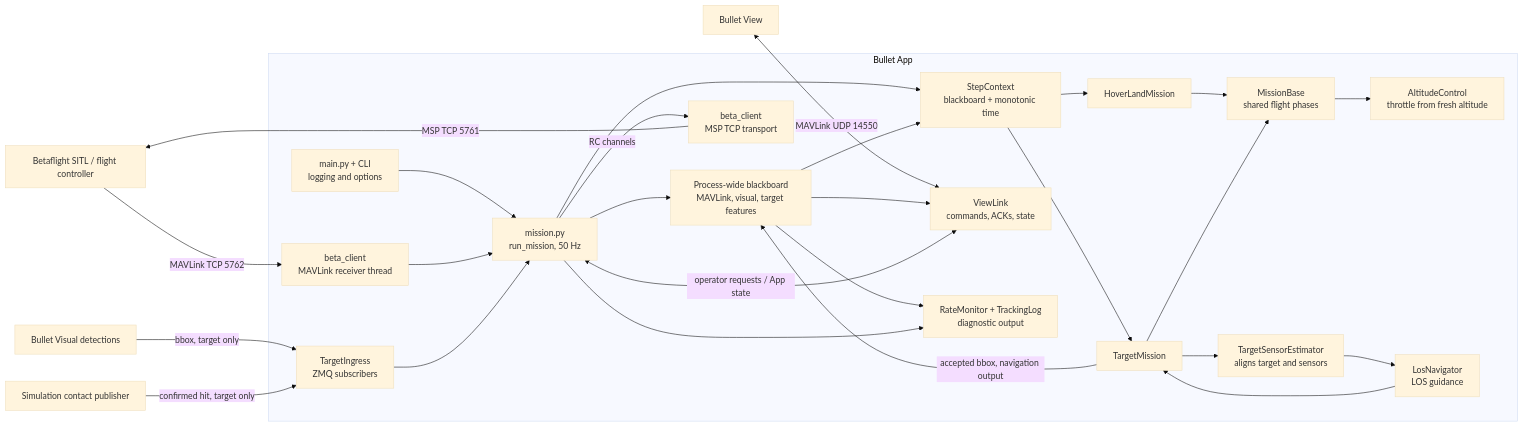
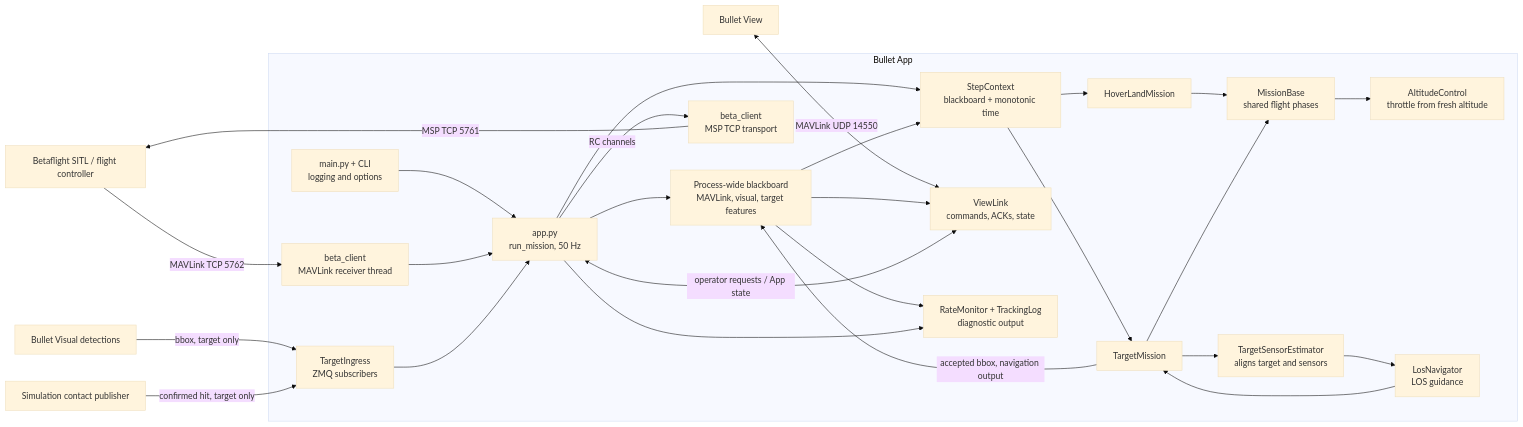
One commit to mayaboker/bullet_app changed the first of 2 diagrams in docs/mission-control-loop.md. Above: the diagram before and after it, drawn with Mermaid (base theme). The commit also changed other lines of this file and 8 other files, not shown here.

Commit message:
feat: rename mission runtime to app and update related imports and documentation

````diff
--- a/docs/mission-control-loop.md
+++ b/docs/mission-control-loop.md
@@ -7,46 +7,46 @@
 ```mermaid
 flowchart LR
     FC["Betaflight SITL / flight controller"]
     View["Bullet View"]
     Visual["Bullet Visual detections"]
     Contact["Simulation contact publisher"]
 
     subgraph App["Bullet App"]
         Entry["main.py + CLI<br/>logging and options"]
-        Runner["mission.py<br/>run_mission, 50 Hz"]
+        Runner["app.py<br/>run_mission, 50 Hz"]
         Telemetry["beta_client<br/>MAVLink receiver thread"]
         Blackboard["Process-wide blackboard<br/>MAVLink, visual, target features"]
         Context["StepContext<br/>blackboard + monotonic time"]
         Msp["beta_client<br/>MSP TCP transport"]
         Link["ViewLink<br/>commands, ACKs, state"]
         Ingress["TargetIngress<br/>ZMQ subscribers"]
         Hover["HoverLandMission"]
         Target["TargetMission"]
         Base["MissionBase<br/>shared flight phases"]
         Altitude["AltitudeControl<br/>throttle from fresh altitude"]
         Estimator["TargetSensorEstimator<br/>aligns target and sensors"]
         Navigator["LosNavigator<br/>LOS guidance"]
         Diagnostics["RateMonitor + TrackingLog<br/>diagnostic output"]
     end
 
     Entry --> Runner
     FC -->|"MAVLink TCP 5762"| Telemetry
     Telemetry --> Runner --> Blackboard
     Runner --> Context --> Hover
     Context --> Target
     Blackboard --> Context
     Runner -->|"RC channels"| Msp -->|"MSP TCP 5761"| FC
     View <-->|"MAVLink UDP 14550"| Link
     Link <-->|"operator requests / App state"| Runner
     Visual -->|"bbox, target only"| Ingress
     Contact -->|"confirmed hit, target only"| Ingress
     Ingress --> Runner
     Hover --> Base
     Target --> Base
     Base --> Altitude
     Target --> Estimator --> Navigator --> Target
     Target -->|"accepted bbox, navigation output"| Blackboard
     Blackboard --> Link
     Blackboard --> Diagnostics
     Runner --> Diagnostics
 ```
````
